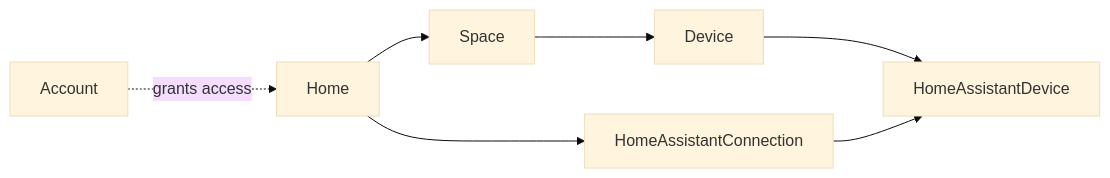
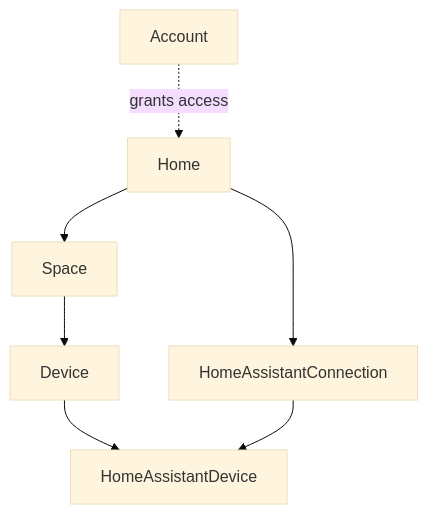
Before and after one commit to fluxzero-io/fluxzero-sample-home: the second of 2 diagrams in README.md, drawn with Mermaid (base theme).

Commit message:
docs(home): keep the integration graph readable at README width

````diff
--- a/README.md
+++ b/README.md
@@ -95,9 +95,9 @@
 ```mermaid
-flowchart LR
+flowchart TD
     Account -. grants access .-> Home
     Home --> Space
     Space --> Device
     Home --> HomeAssistantConnection
     Device --> HomeAssistantDevice
     HomeAssistantConnection --> HomeAssistantDevice
 ```
````
